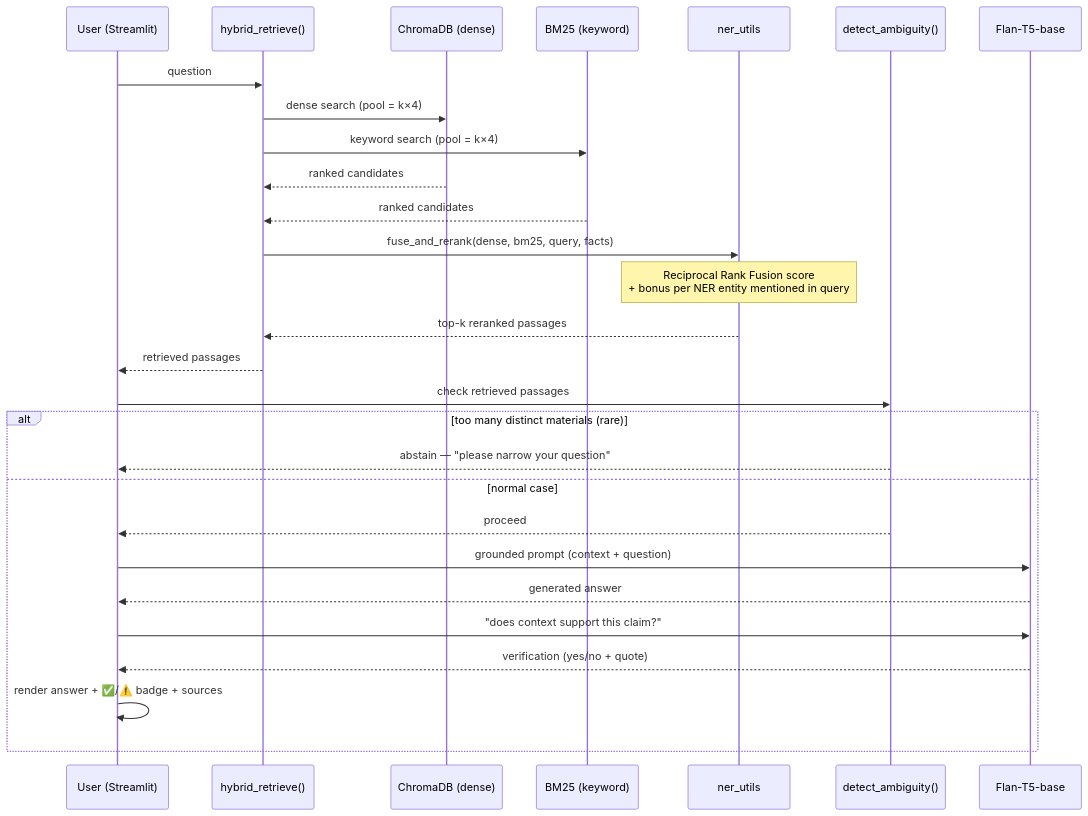
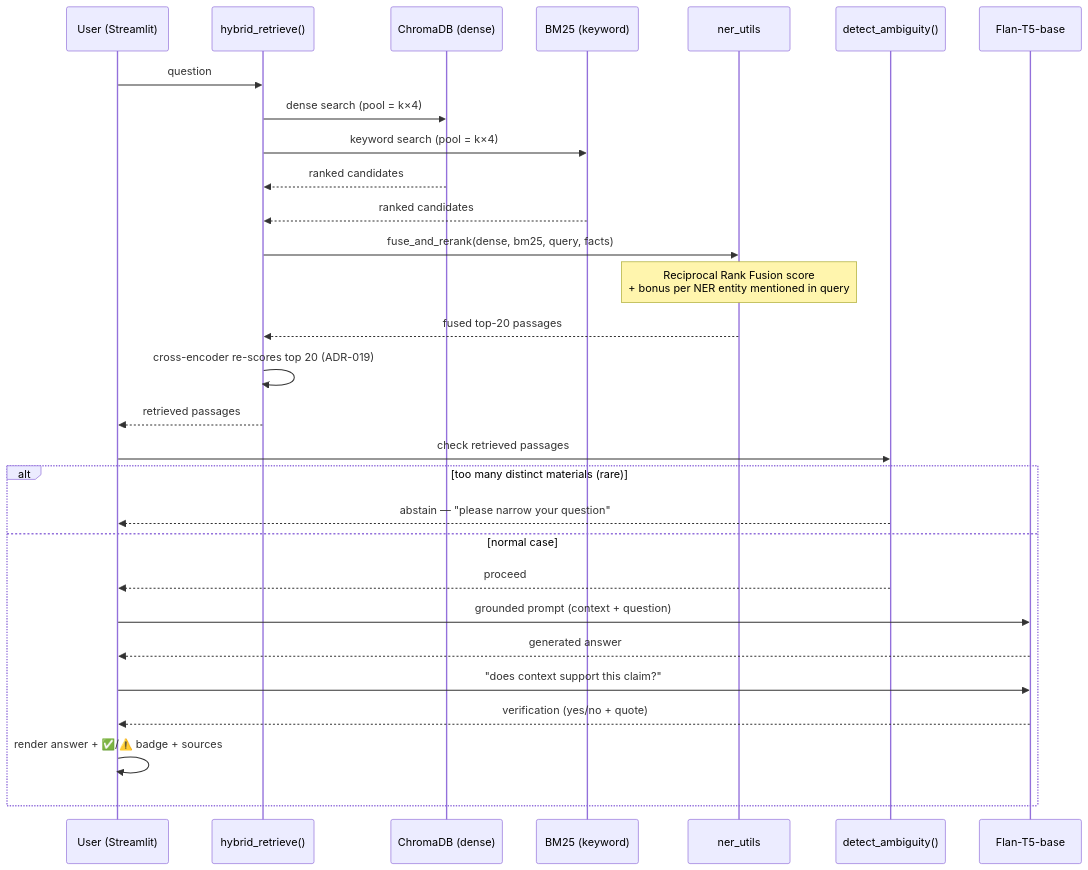
Before and after one commit to Mahakisore7/MatSci-RAG: the third of 3 diagrams in docs/MatSci-RAG-Review.md, drawn with Mermaid. The commit also changed other lines of this file and 15 other files, not shown here.

First line of the commit message:
feat(rag): cross-encoder re-ranking after hybrid retrieval (ADR-019)

````diff
--- a/docs/MatSci-RAG-Review.md
+++ b/docs/MatSci-RAG-Review.md
@@ -242,31 +242,32 @@
 ```mermaid
 sequenceDiagram
     participant U as User (Streamlit)
     participant H as hybrid_retrieve()
     participant C as ChromaDB (dense)
     participant B as BM25 (keyword)
     participant N as ner_utils
     participant A as detect_ambiguity()
     participant L as Flan-T5-base
 
     U->>H: question
     H->>C: dense search (pool = k×4)
     H->>B: keyword search (pool = k×4)
     C-->>H: ranked candidates
     B-->>H: ranked candidates
     H->>N: fuse_and_rerank(dense, bm25, query, facts)
     Note over N: Reciprocal Rank Fusion score<br/>+ bonus per NER entity mentioned in query
-    N-->>H: top-k reranked passages
+    N-->>H: fused top-20 passages
+    H->>H: cross-encoder re-scores top 20 (ADR-019)
     H-->>U: retrieved passages
     U->>A: check retrieved passages
     alt too many distinct materials (rare)
         A-->>U: abstain — "please narrow your question"
     else normal case
         A-->>U: proceed
         U->>L: grounded prompt (context + question)
         L-->>U: generated answer
         U->>L: "does context support this claim?"
         L-->>U: verification (yes/no + quote)
         U->>U: render answer + ✅/⚠️ badge + sources
     end
 ```
````
